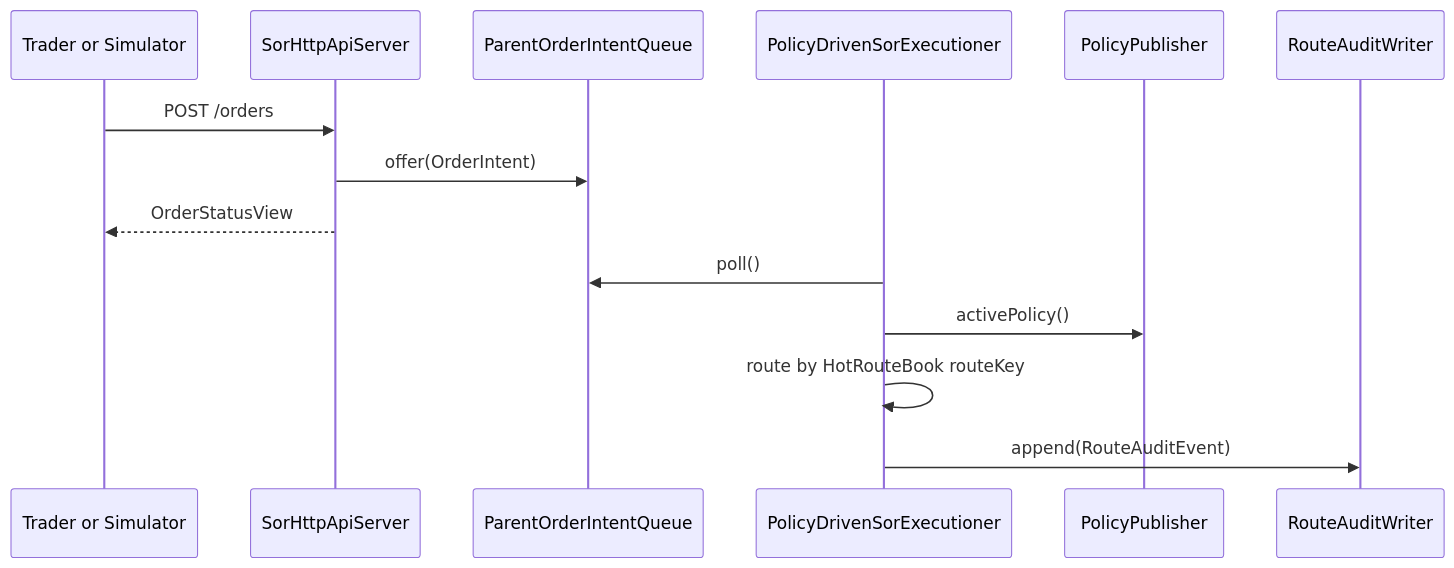
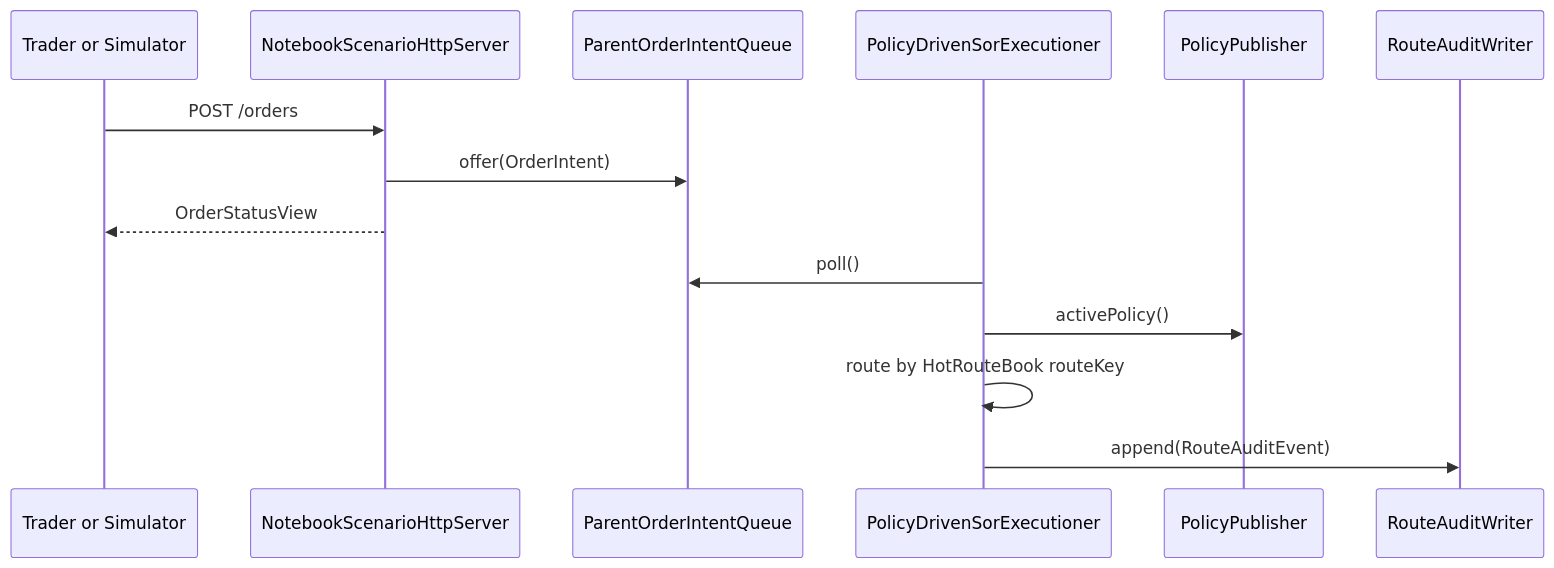
Before and after one commit to rueishi/adaptive-quantum-sor: the first of 8 diagrams in adaptive_quantum_sor_spec_v1.md, drawn with Mermaid. The commit also changed other lines of this file and 991 other files, not shown here.

````diff
--- a/adaptive_quantum_sor_spec_v1.md
+++ b/adaptive_quantum_sor_spec_v1.md
@@ -3166,17 +3166,17 @@
 ```mermaid
 sequenceDiagram
     participant User as Trader or Simulator
-    participant API as SorHttpApiServer
+    participant API as NotebookScenarioHttpServer
     participant Queue as ParentOrderIntentQueue
     participant SOR as PolicyDrivenSorExecutioner
     participant Policy as PolicyPublisher
     participant Audit as RouteAuditWriter
 
     User->>API: POST /orders
     API->>Queue: offer(OrderIntent)
     API-->>User: OrderStatusView
     SOR->>Queue: poll()
     SOR->>Policy: activePolicy()
     SOR->>SOR: route by HotRouteBook routeKey
     SOR->>Audit: append(RouteAuditEvent)
 ```
````
